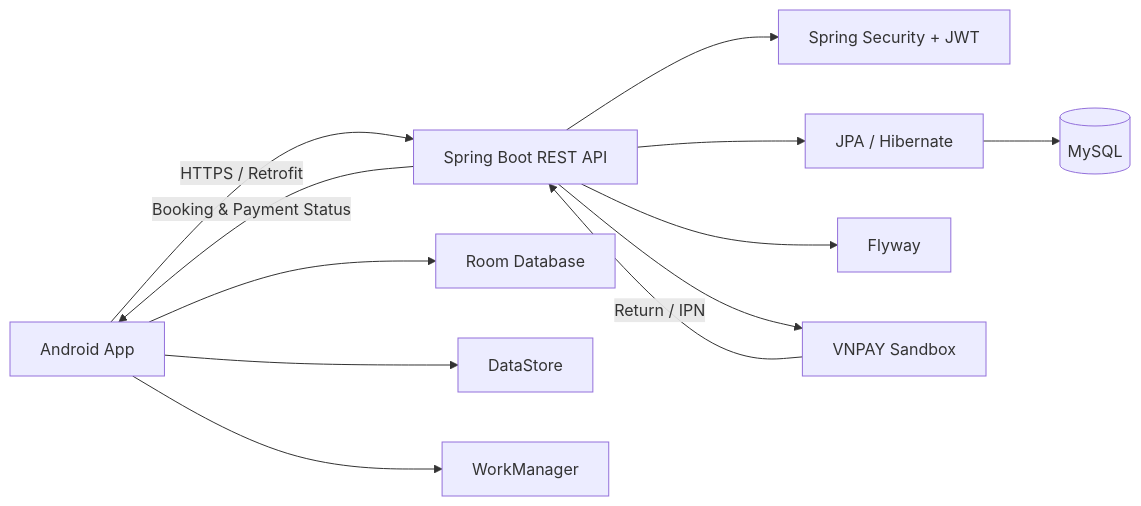
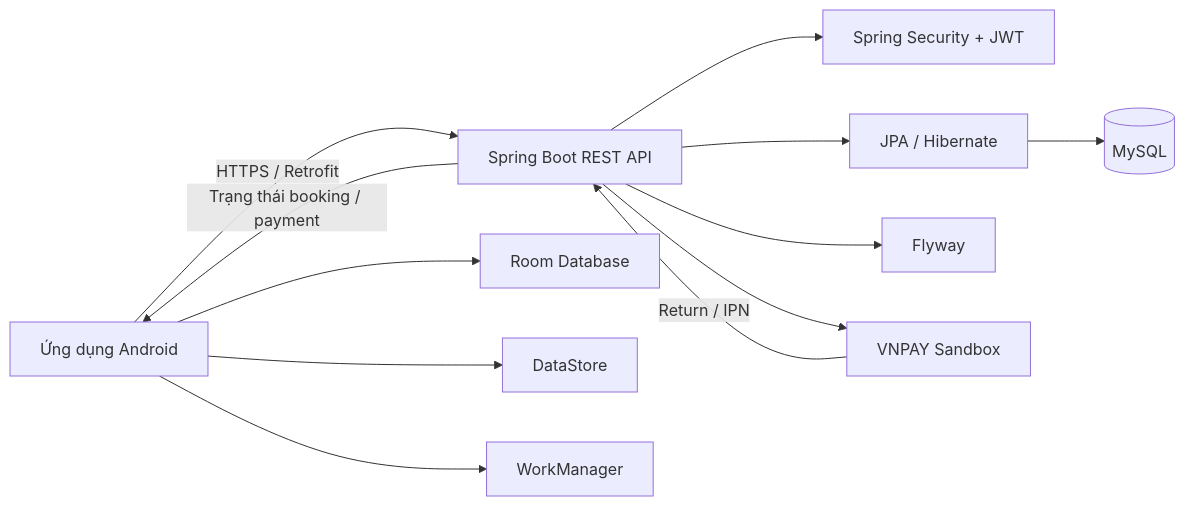
The diagram in README.md (truongnguyen3006/BookingHotel), drawn with Mermaid before and after one commit. The commit also changed other lines of this file, not shown here.

````diff
--- a/README.md
+++ b/README.md
@@ -45,16 +62,16 @@
 ```mermaid
 flowchart LR
-    A[Android App] -->|HTTPS / Retrofit| B[Spring Boot REST API]
+    A[Ứng dụng Android] -->|HTTPS / Retrofit| B[Spring Boot REST API]
     A --> C[Room Database]
     A --> D[DataStore]
     A --> E[WorkManager]
 
     B --> F[Spring Security + JWT]
     B --> G[JPA / Hibernate]
     G --> H[(MySQL)]
     B --> I[Flyway]
     B --> J[VNPAY Sandbox]
 
     J -->|Return / IPN| B
-    B -->|Booking & Payment Status| A
+    B -->|Trạng thái booking / payment| A
 ```
````
